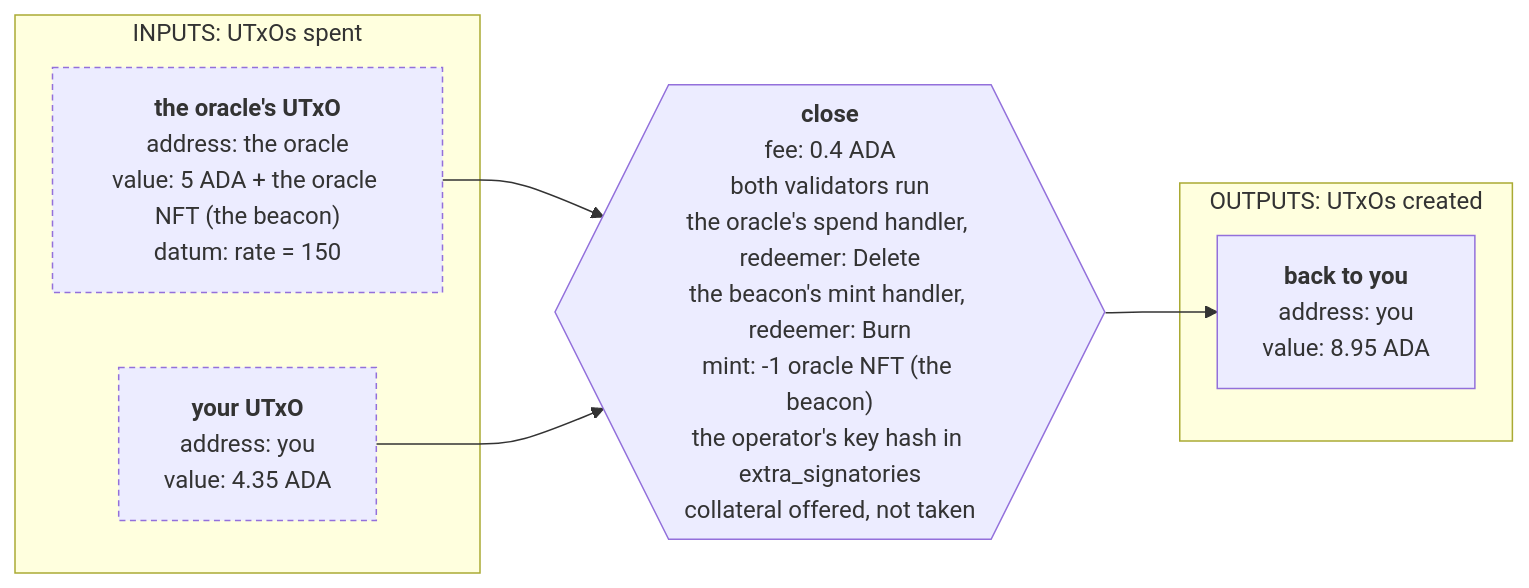
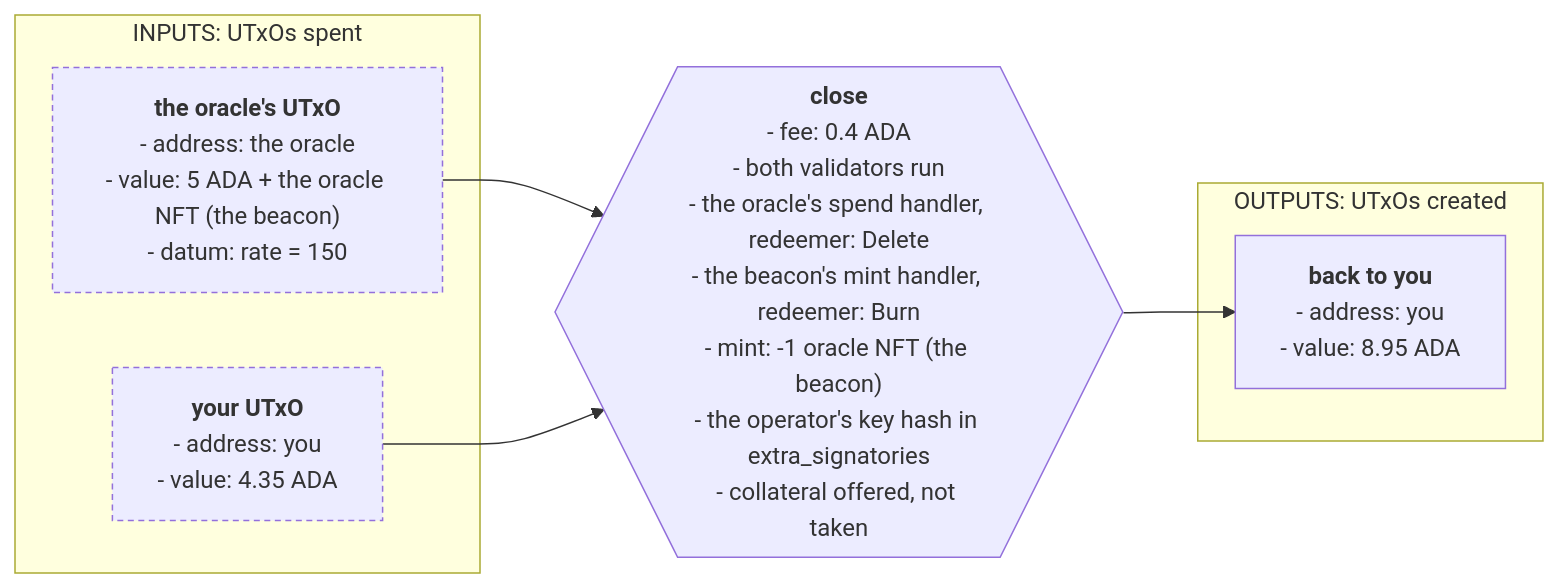
One commit to cardano-foundation/developer-portal changed the fifth of 5 diagrams in docs/developers/onboarding/lectures/intermediate/12-modifying-state.md. Above: the diagram before and after it, drawn with Mermaid. The commit also changed other lines of this file and 8 other files, not shown here.

````diff
--- a/docs/developers/onboarding/lectures/intermediate/12-modifying-state.md
+++ b/docs/developers/onboarding/lectures/intermediate/12-modifying-state.md
@@ -208,33 +196,33 @@
 ```mermaid
 flowchart LR
     subgraph IN["INPUTS: UTxOs spent"]
         I1["`**the oracle's UTxO**
-        address: the oracle
-        value: 5 ADA + the oracle NFT (the beacon)
-        datum: rate = 150`"]
+        - address: the oracle
+        - value: 5 ADA + the oracle NFT (the beacon)
+        - datum: rate = 150`"]
         I2["`**your UTxO**
-        address: you
-        value: 4.35 ADA`"]
+        - address: you
+        - value: 4.35 ADA`"]
     end
 
     TX{{"`**close**
-    fee: 0.4 ADA
-    both validators run
-    the oracle's spend handler, redeemer: Delete
-    the beacon's mint handler, redeemer: Burn
-    mint: -1 oracle NFT (the beacon)
-    the operator's key hash in extra_signatories
-    collateral offered, not taken`"}}
+    - fee: 0.4 ADA
+    - both validators run
+    - the oracle's spend handler, redeemer: Delete
+    - the beacon's mint handler, redeemer: Burn
+    - mint: -1 oracle NFT (the beacon)
+    - the operator's key hash in extra_signatories
+    - collateral offered, not taken`"}}
 
     subgraph OUT["OUTPUTS: UTxOs created"]
         O["`**back to you**
-        address: you
-        value: 8.95 ADA`"]
+        - address: you
+        - value: 8.95 ADA`"]
     end
 
     I1 --> TX --> O
     I2 --> TX
 
     style I1 stroke-dasharray:4 3
     style I2 stroke-dasharray:4 3
 ```
````
